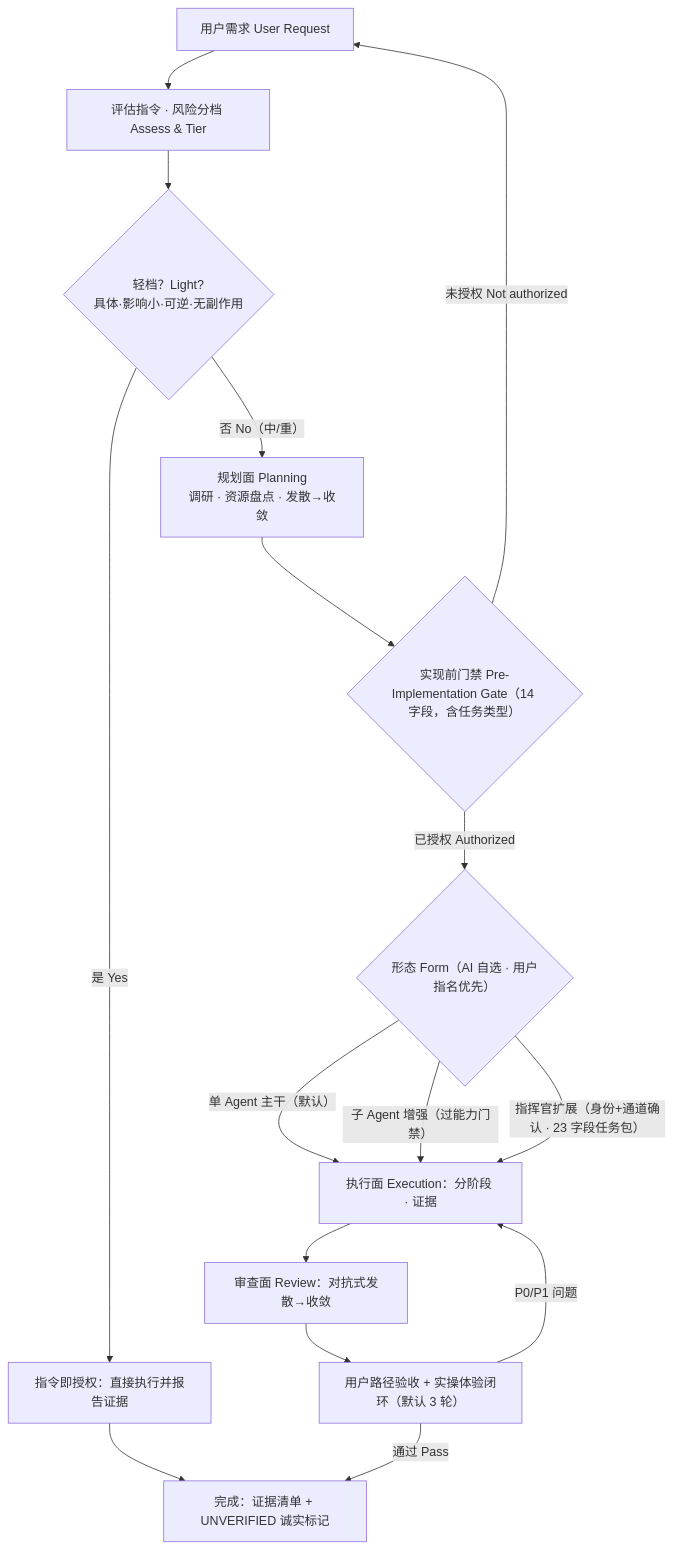
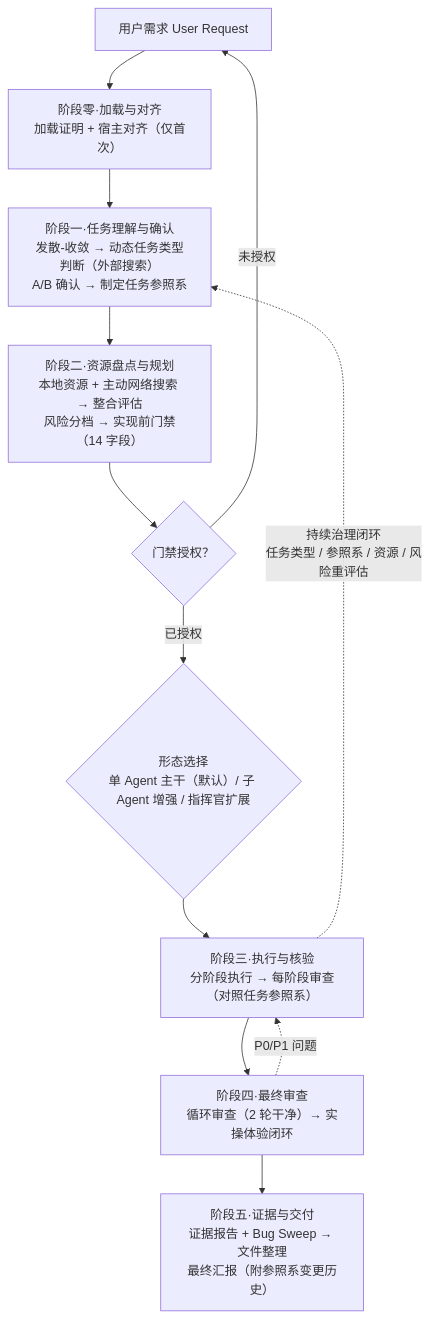
One commit to JadeYingWah/gpt-series-reasoning-style changed the diagram in README.md. Above: the diagram before and after it, drawn with Mermaid. The commit also changed other lines of this file, not shown here.

````diff
--- a/README.md
+++ b/README.md
@@ -245,18 +288,14 @@
 ```mermaid
 flowchart TD
-    U["用户需求 User Request"] --> R["评估指令 · 风险分档 Assess & Tier"]
-    R --> T{"轻档？Light?<br/>具体·影响小·可逆·无副作用"}
-    T -- "是 Yes" --> L["指令即授权：直接执行并报告证据"]
-    T -- "否 No（中/重）" --> P["规划面 Planning<br/>调研 · 资源盘点 · 发散→收敛"]
-    P --> G{"实现前门禁 Pre-Implementation Gate（14 字段，含任务类型）"}
-    G -- "未授权 Not authorized" --> U
-    G -- "已授权 Authorized" --> F{"形态 Form（AI 自选 · 用户指名优先）"}
-    F -- "单 Agent 主干（默认）" --> E["执行面 Execution：分阶段 · 证据"]
-    F -- "子 Agent 增强（过能力门禁）" --> E
-    F -- "指挥官扩展（身份+通道确认 · 23 字段任务包）" --> E
-    E --> RV["审查面 Review：对抗式发散→收敛"]
-    RV --> V["用户路径验收 + 实操体验闭环（默认 3 轮）"]
-    V -- "P0/P1 问题" --> E
-    V -- "通过 Pass" --> D["完成：证据清单 + UNVERIFIED 诚实标记"]
-    L --> D
+    U["用户需求 User Request"] --> S0["阶段零·加载与对齐<br/>加载证明 + 宿主对齐（仅首次）"]
+    S0 --> S1["阶段一·任务理解与确认<br/>发散-收敛 → 动态任务类型判断（外部搜索）<br/>A/B 确认 → 制定任务参照系"]
+    S1 --> S2["阶段二·资源盘点与规划<br/>本地资源 + 主动网络搜索 → 整合评估<br/>风险分档 → 实现前门禁（14 字段）"]
+    S2 --> G{"门禁授权？"}
+    G -- "未授权" --> U
+    G -- "已授权" --> F{"形态选择<br/>单 Agent 主干（默认）/ 子 Agent 增强 / 指挥官扩展"}
+    F --> S3["阶段三·执行与核验<br/>分阶段执行 → 每阶段审查（对照任务参照系）"]
+    S3 --> S4["阶段四·最终审查<br/>循环审查（2 轮干净）→ 实操体验闭环"]
+    S4 --> S5["阶段五·证据与交付<br/>证据报告 + Bug Sweep → 文件整理<br/>最终汇报（附参照系变更历史）"]
+    S3 -.->|"持续治理闭环<br/>任务类型 / 参照系 / 资源 / 风险重评估"| S1
+    S4 -.->|"P0/P1 问题"| S3
 ```
````
